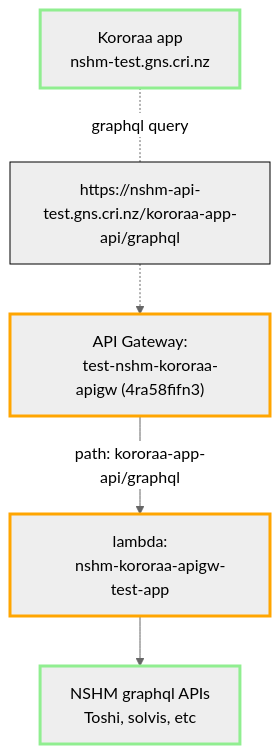
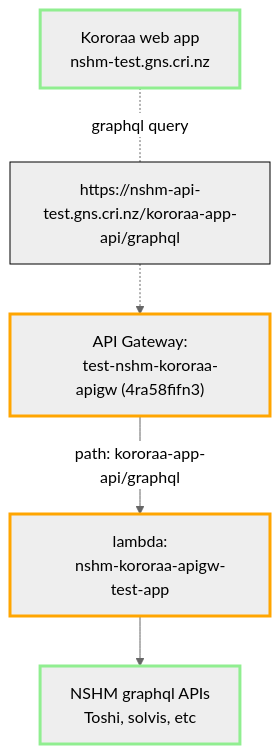
Before and after one commit to GNS-Science/nzshm-documentation: the diagram in docs/components/kororaa/aws_api_deployment.md, drawn with Mermaid (neutral theme). The commit also changed other lines of this file and 6 other files, not shown here.

Commit message:
WIP on API architecture

````diff
--- a/docs/components/kororaa/aws_api_deployment.md
+++ b/docs/components/kororaa/aws_api_deployment.md
@@ -44,19 +5,19 @@
 ```mermaid
 graph TD
     classDef nshm stroke:lightgreen, stroke-width:3px
     classDef AWS stroke:orange, stroke-width:3px
     classDef SVC stroke:powderblue, stroke-width:3px
     classDef note stroke:black, stroke-width:1px
     
-    K["Kororaa app
+    K["Kororaa web app
     nshm-test.gns.cri.nz"]:::nshm
     NB["https://nshm-api-test.gns.cri.nz/kororaa-app-api/graphql"]:::note 
     A["API Gateway:
      test-nshm-kororaa-apigw (4ra58fifn3)"]:::AWS
     F["lambda:
      nshm-kororaa-apigw-test-app"]:::AWS
     apis["NSHM graphql APIs
      Toshi, solvis, etc"]:::nshm
     K -.-|graphql query| NB -.-> A -->|path: kororaa-app-api/graphql| F --> apis
 
 ```
````
